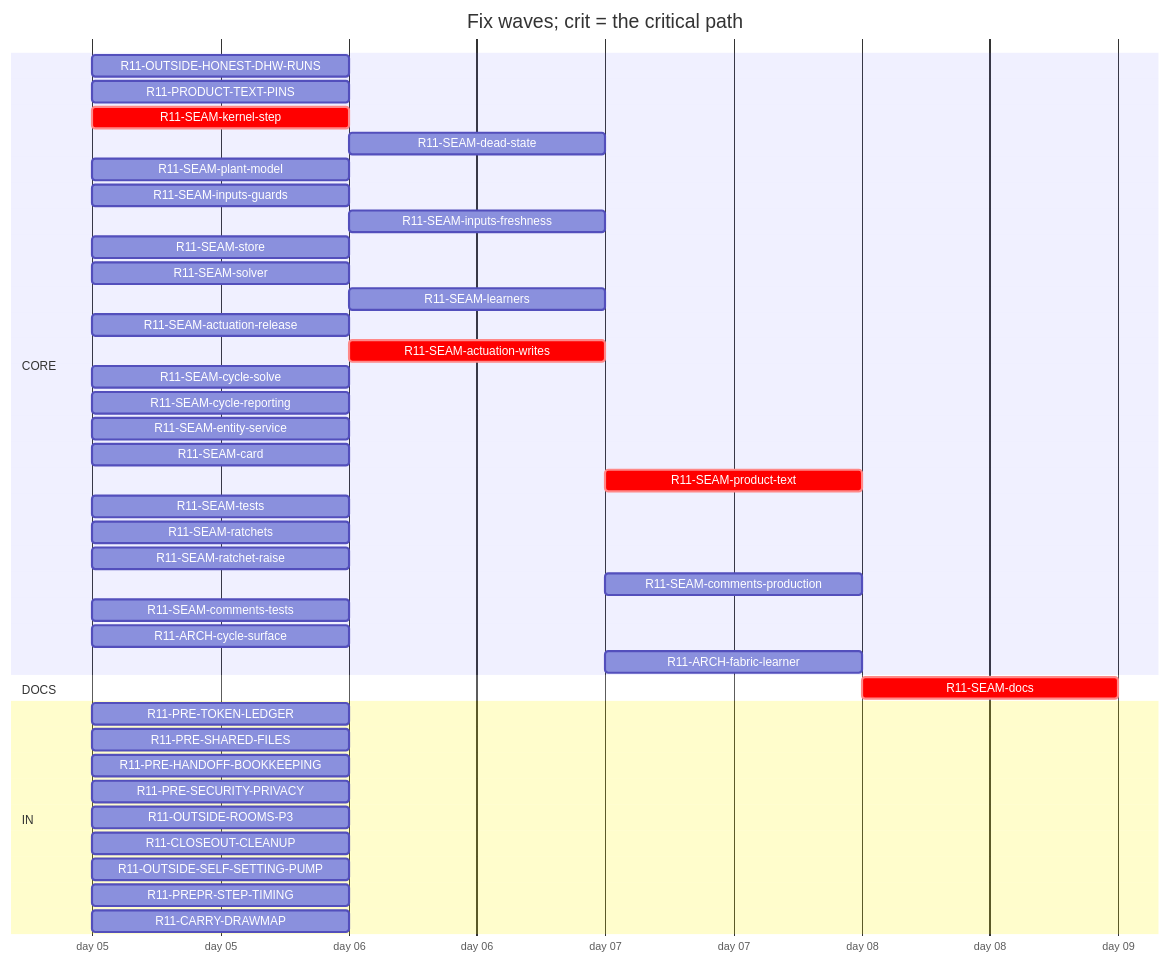
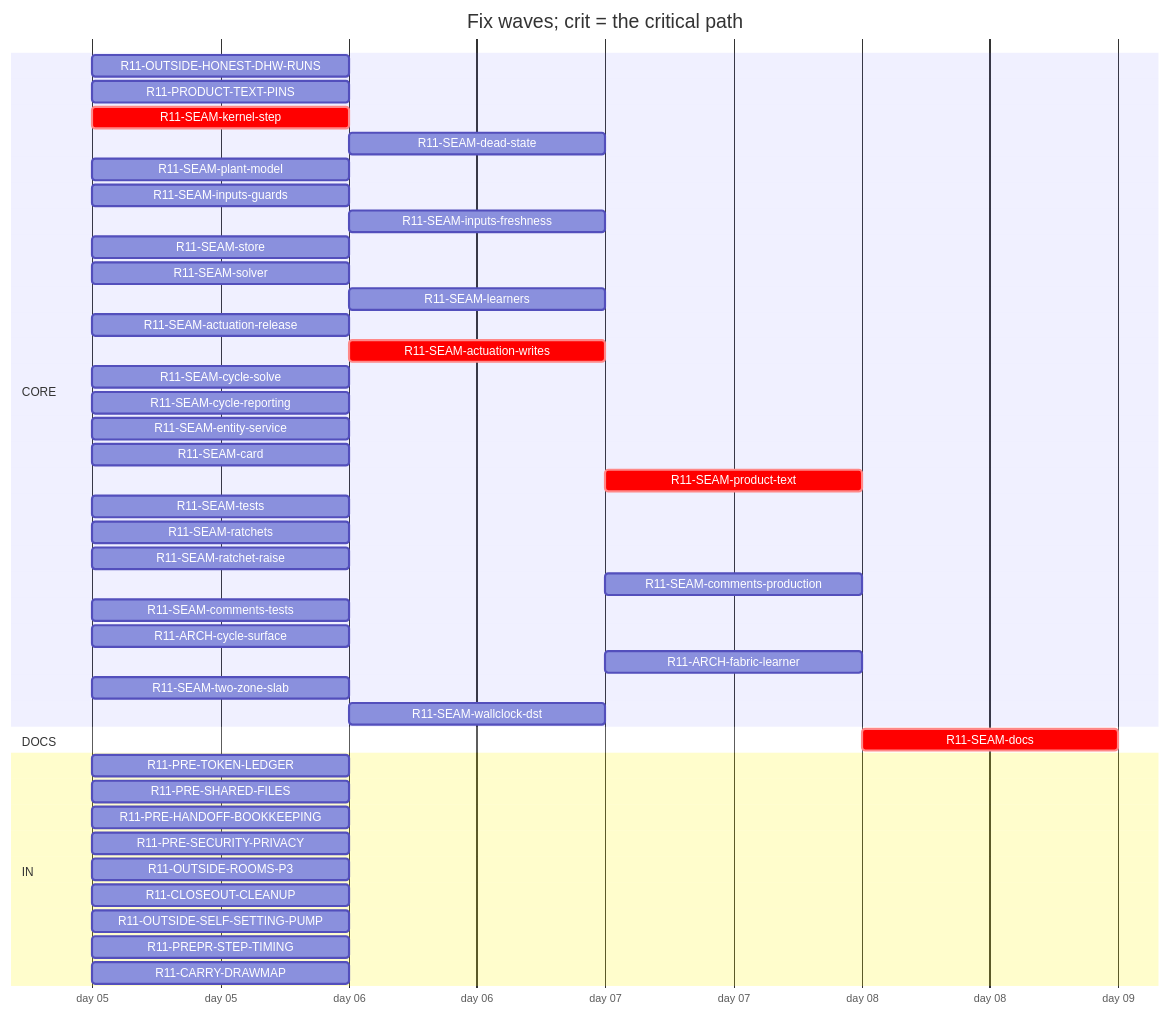
Before and after one commit to tvofi/heatpump_optimizer: the diagram in handoff/round11/state/PLAN-TABLE.md, drawn with Mermaid. The commit also changed other lines of this file and 4 other files, not shown here.

Commit message:
state: FLOW-BOARD.md, NEXT-SESSION-PROMPT.md, PLAN-TABLE.md, PLAN.html, RESUME-CURRENT.md regenerated (state_docs.py)

````diff
--- a/handoff/round11/state/PLAN-TABLE.md
+++ b/handoff/round11/state/PLAN-TABLE.md
@@ -16,43 +16,45 @@
 ```mermaid
 gantt
   title Fix waves; crit = the critical path
   dateFormat YYYY-MM-DD
   axisFormat day %d
   section CORE
     R11-OUTSIDE-HONEST-DHW-RUNS :r11OUTSIDEHONESTDHWRUNS, 2026-01-05, 1d
     R11-PRODUCT-TEXT-PINS :r11PRODUCTTEXTPINS, 2026-01-05, 1d
     R11-SEAM-kernel-step :crit, r11SEAMkernelstep, 2026-01-05, 1d
     R11-SEAM-dead-state :r11SEAMdeadstate, after r11SEAMstore, 1d
     R11-SEAM-plant-model :r11SEAMplantmodel, 2026-01-05, 1d
     R11-SEAM-inputs-guards :r11SEAMinputsguards, 2026-01-05, 1d
     R11-SEAM-inputs-freshness :r11SEAMinputsfreshness, after r11SEAMkernelstep, 1d
     R11-SEAM-store :r11SEAMstore, 2026-01-05, 1d
     R11-SEAM-solver :r11SEAMsolver, 2026-01-05, 1d
     R11-SEAM-learners :r11SEAMlearners, after r11SEAMplantmodel, 1d
     R11-SEAM-actuation-release :r11SEAMactuationrelease, 2026-01-05, 1d
     R11-SEAM-actuation-writes :crit, r11SEAMactuationwrites, after r11SEAMkernelstep r11SEAMactuationrelease, 1d
     R11-SEAM-cycle-solve :r11SEAMcyclesolve, 2026-01-05, 1d
     R11-SEAM-cycle-reporting :r11SEAMcyclereporting, 2026-01-05, 1d
     R11-SEAM-entity-service :r11SEAMentityservice, 2026-01-05, 1d
     R11-SEAM-card :r11SEAMcard, 2026-01-05, 1d
     R11-SEAM-product-text :crit, r11SEAMproducttext, after r11SEAMplantmodel r11SEAMactuationrelease r11SEAMactuationwrites r11SEAMentityservice r11SEAMinputsguards r11SEAMinputsfreshness r11SEAMcyclesolve r11SEAMcyclereporting, 1d
     R11-SEAM-tests :r11SEAMtests, 2026-01-05, 1d
     R11-SEAM-ratchets :r11SEAMratchets, 2026-01-05, 1d
     R11-SEAM-ratchet-raise :r11SEAMratchetraise, 2026-01-05, 1d
     R11-SEAM-comments-production :r11SEAMcommentsproduction, after r11SEAMplantmodel r11SEAMactuationrelease r11SEAMactuationwrites r11SEAMentityservice r11SEAMinputsguards r11SEAMinputsfreshness r11SEAMcyclesolve r11SEAMcyclereporting, 1d
     R11-SEAM-comments-tests :r11SEAMcommentstests, 2026-01-05, 1d
     R11-ARCH-cycle-surface :r11ARCHcyclesurface, 2026-01-05, 1d
     R11-ARCH-fabric-learner :r11ARCHfabriclearner, after r11SEAMlearners, 1d
+    R11-SEAM-two-zone-slab :r11SEAMtwozoneslab, 2026-01-05, 1d
+    R11-SEAM-wallclock-dst :r11SEAMwallclockdst, after r11SEAMkernelstep, 1d
   section DOCS
     R11-SEAM-docs :crit, r11SEAMdocs, after r11SEAMplantmodel r11SEAMlearners r11SEAMactuationrelease r11SEAMactuationwrites r11SEAMentityservice r11SEAMinputsguards r11SEAMinputsfreshness r11SEAMcyclesolve r11SEAMcyclereporting r11SEAMcard r11SEAMproducttext, 1d
   section IN
     R11-PRE-TOKEN-LEDGER :r11PRETOKENLEDGER, 2026-01-05, 1d
     R11-PRE-SHARED-FILES :r11PRESHAREDFILES, 2026-01-05, 1d
     R11-PRE-HANDOFF-BOOKKEEPING :r11PREHANDOFFBOOKKEEPING, 2026-01-05, 1d
     R11-PRE-SECURITY-PRIVACY :r11PRESECURITYPRIVACY, 2026-01-05, 1d
     R11-OUTSIDE-ROOMS-P3 :r11OUTSIDEROOMSP3, 2026-01-05, 1d
     R11-CLOSEOUT-CLEANUP :r11CLOSEOUTCLEANUP, 2026-01-05, 1d
     R11-OUTSIDE-SELF-SETTING-PUMP :r11OUTSIDESELFSETTINGPUMP, 2026-01-05, 1d
     R11-PREPR-STEP-TIMING :r11PREPRSTEPTIMING, 2026-01-05, 1d
     R11-CARRY-DRAWMAP :r11CARRYDRAWMAP, 2026-01-05, 1d
 ```
````
